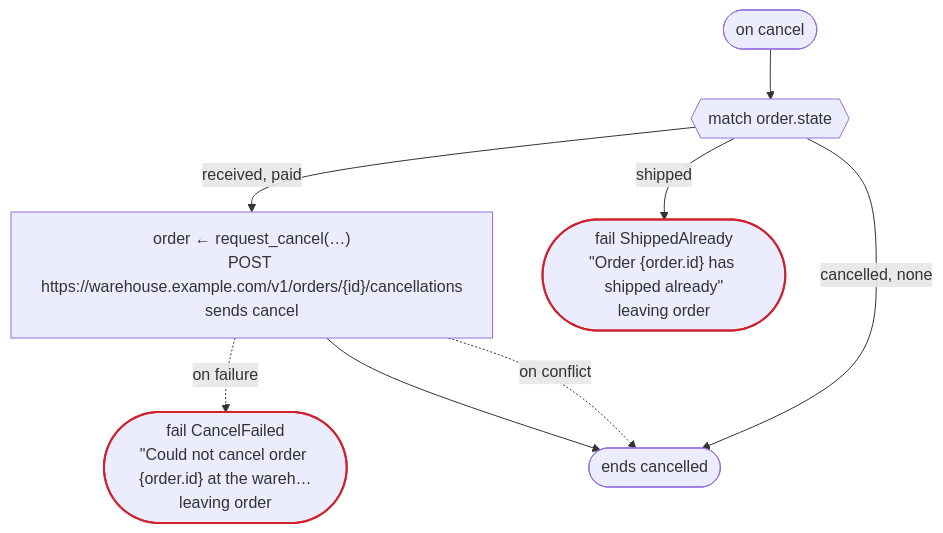
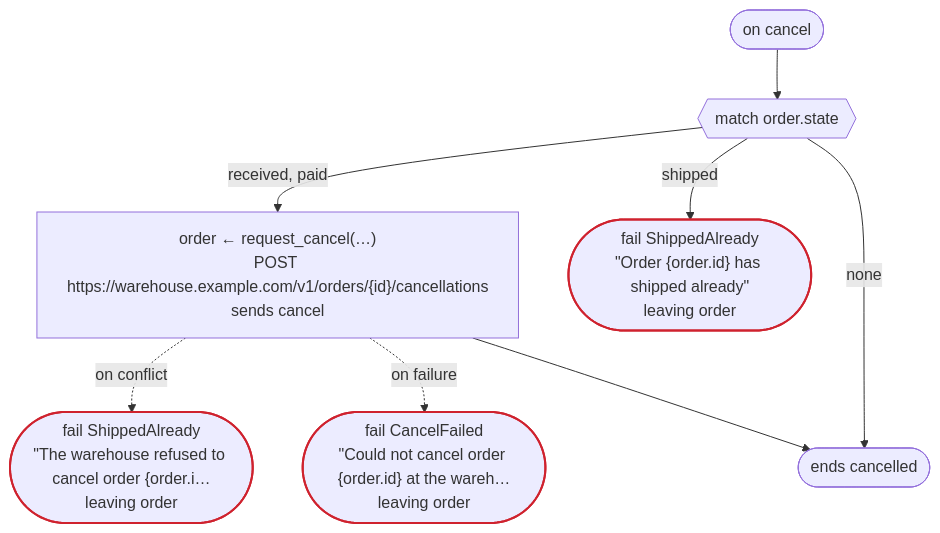
One commit to i2y/ritsu changed the third of 4 diagrams in crates/dandori/tests/doc/examples-order-temporal-order.en.md. Above: the diagram before and after it, drawn with Mermaid. The commit also changed other lines of this file and 57 other files, not shown here.

````diff
--- a/crates/dandori/tests/doc/examples-order-temporal-order.en.md
+++ b/crates/dandori/tests/doc/examples-order-temporal-order.en.md
@@ -88,19 +88,20 @@
 ```mermaid
 flowchart TD
     onc(["on cancel"])
     s28{{"match order.state"}}
     s30["order ← request_cancel(…)<br>POST https://warehouse.example.com/v1/orders/{id}/cancellations<br>sends cancel"]
+    s31(["fail ShippedAlready<br>#quot;The warehouse refused to cancel order {order.i…<br>leaving order"])
     s32(["fail CancelFailed<br>#quot;Could not cancel order {order.id} at the wareh…<br>leaving order"])
     s33(["fail ShippedAlready<br>#quot;Order {order.id} has shipped already#quot;<br>leaving order"])
     oncEnd(["ends cancelled"])
     onc --> s28
     s28 -->|"received, paid"| s30
+    s30 -.->|"on conflict"| s31
     s30 -.->|"on failure"| s32
     s28 -->|"shipped"| s33
-    s28 -->|"cancelled, none"| oncEnd
+    s28 -->|"none"| oncEnd
     s30 --> oncEnd
-    s30 -.->|"on conflict"| oncEnd
     classDef ok stroke:#2da44e,stroke-width:2px
     classDef bad stroke:#cf222e,stroke-width:2px
-    class s32,s33 bad
+    class s31,s32,s33 bad
 ```
````
